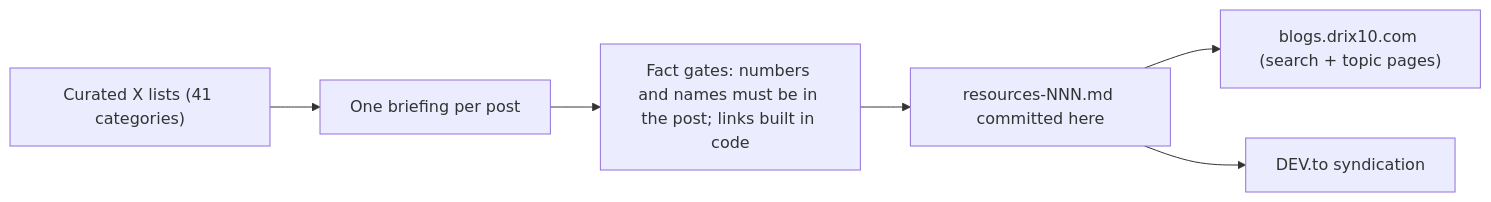
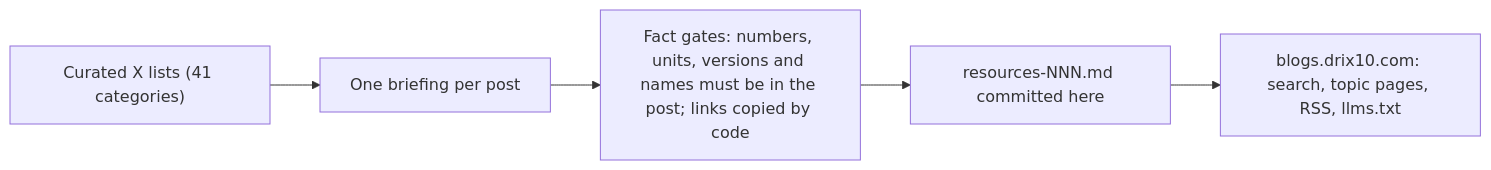
Before and after one commit to Drix10/ai-resources: the diagram in README.md, drawn with Mermaid. The commit also changed other lines of this file, not shown here.

First line of the commit message:
README: lead with what the archive gives you and the numbers behind it

````diff
--- a/README.md
+++ b/README.md
@@ -63,8 +84,7 @@
 ```mermaid
 flowchart LR
     A["Curated X lists (41 categories)"] --> B["One briefing per post"]
-    B --> C["Fact gates: numbers and names must be in the post; links built in code"]
+    B --> C["Fact gates: numbers, units, versions and names must be in the post; links copied by code"]
     C --> D["resources-NNN.md committed here"]
-    D --> E["blogs.drix10.com (search + topic pages)"]
-    D --> F["DEV.to syndication"]
+    D --> E["blogs.drix10.com: search, topic pages, RSS, llms.txt"]
 ```
````
